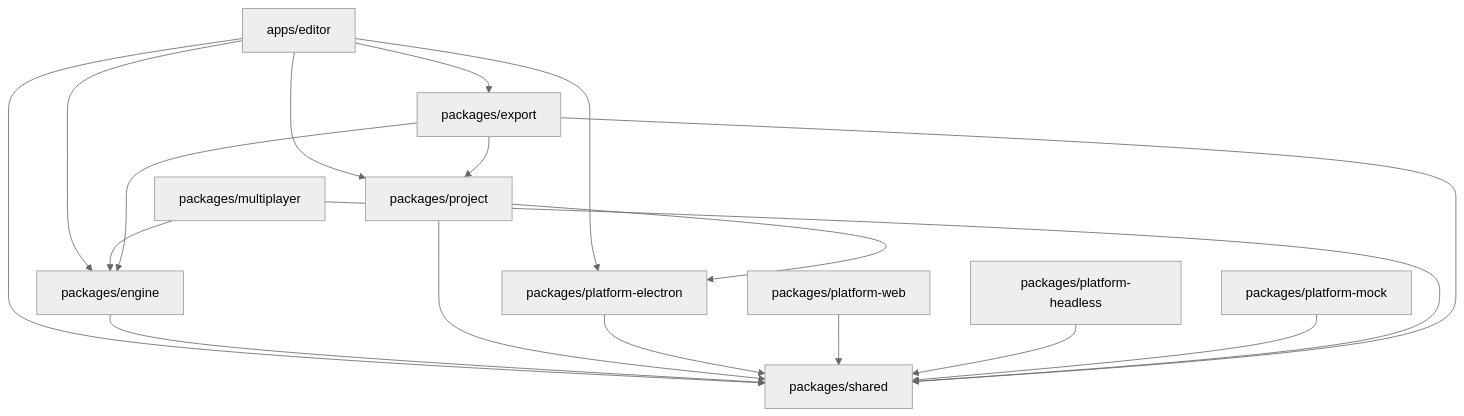
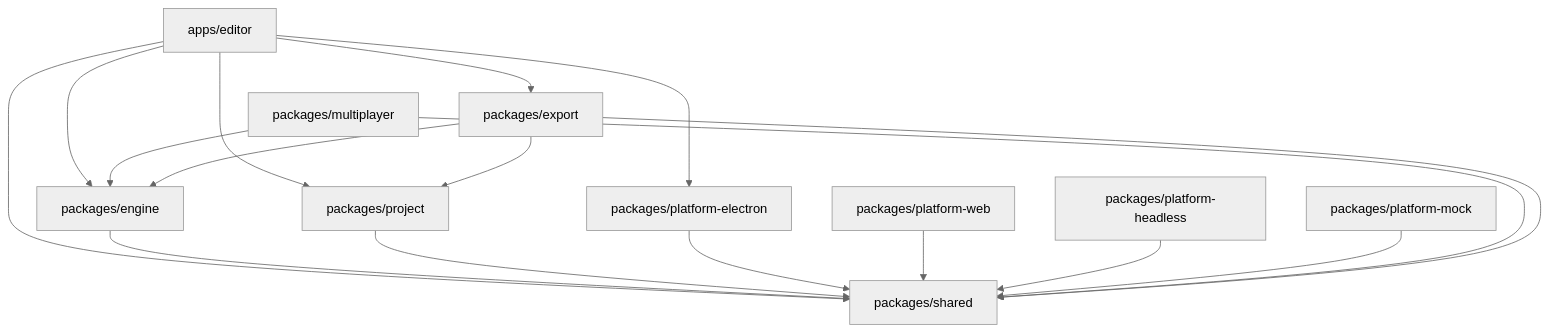
One commit to iamkaf/eternity changed the diagram in docs/architecture.md. Above: the diagram before and after it, drawn with Mermaid (neutral theme). The commit also changed other lines of this file and 6 other files, not shown here.

````diff
--- a/docs/architecture.md
+++ b/docs/architecture.md
@@ -213,36 +213,35 @@
 ```mermaid
 graph TD
     EDITOR["apps/editor"]
     ENGINE["packages/engine"]
     SHARED["packages/shared"]
     PROJECT["packages/project"]
     PE["packages/platform-electron"]
     PW["packages/platform-web"]
     PH["packages/platform-headless"]
     PM["packages/platform-mock"]
     MP["packages/multiplayer"]
     EX["packages/export"]
 
     EDITOR --> ENGINE
     EDITOR --> SHARED
     EDITOR --> PROJECT
     EDITOR --> PE
     EDITOR --> EX
 
     ENGINE --> SHARED
 
     PROJECT --> SHARED
-    PROJECT --> PE
 
     PE --> SHARED
     PW --> SHARED
     PH --> SHARED
     PM --> SHARED
 
     MP --> ENGINE
     MP --> SHARED
 
     EX --> ENGINE
     EX --> SHARED
     EX --> PROJECT
 ```
````
